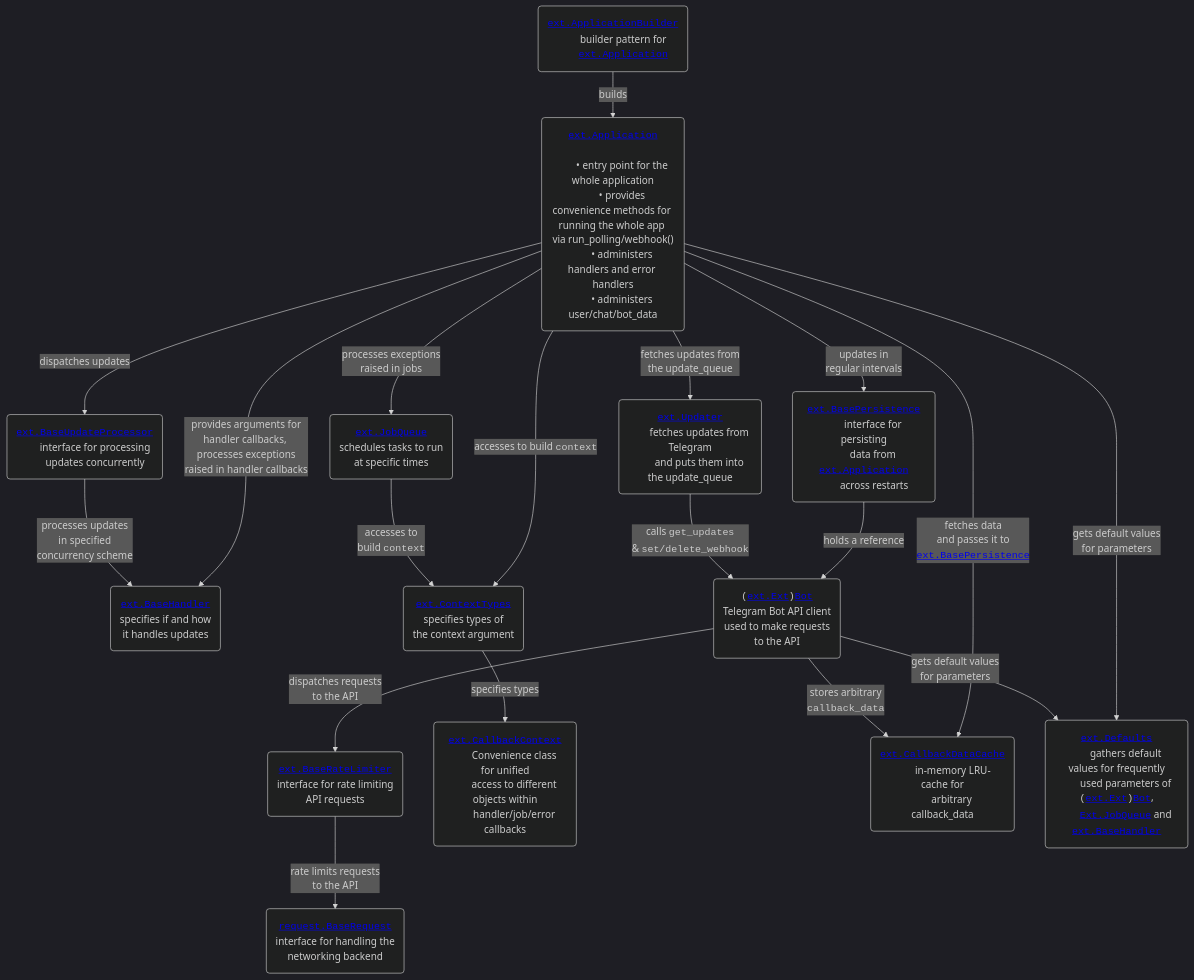
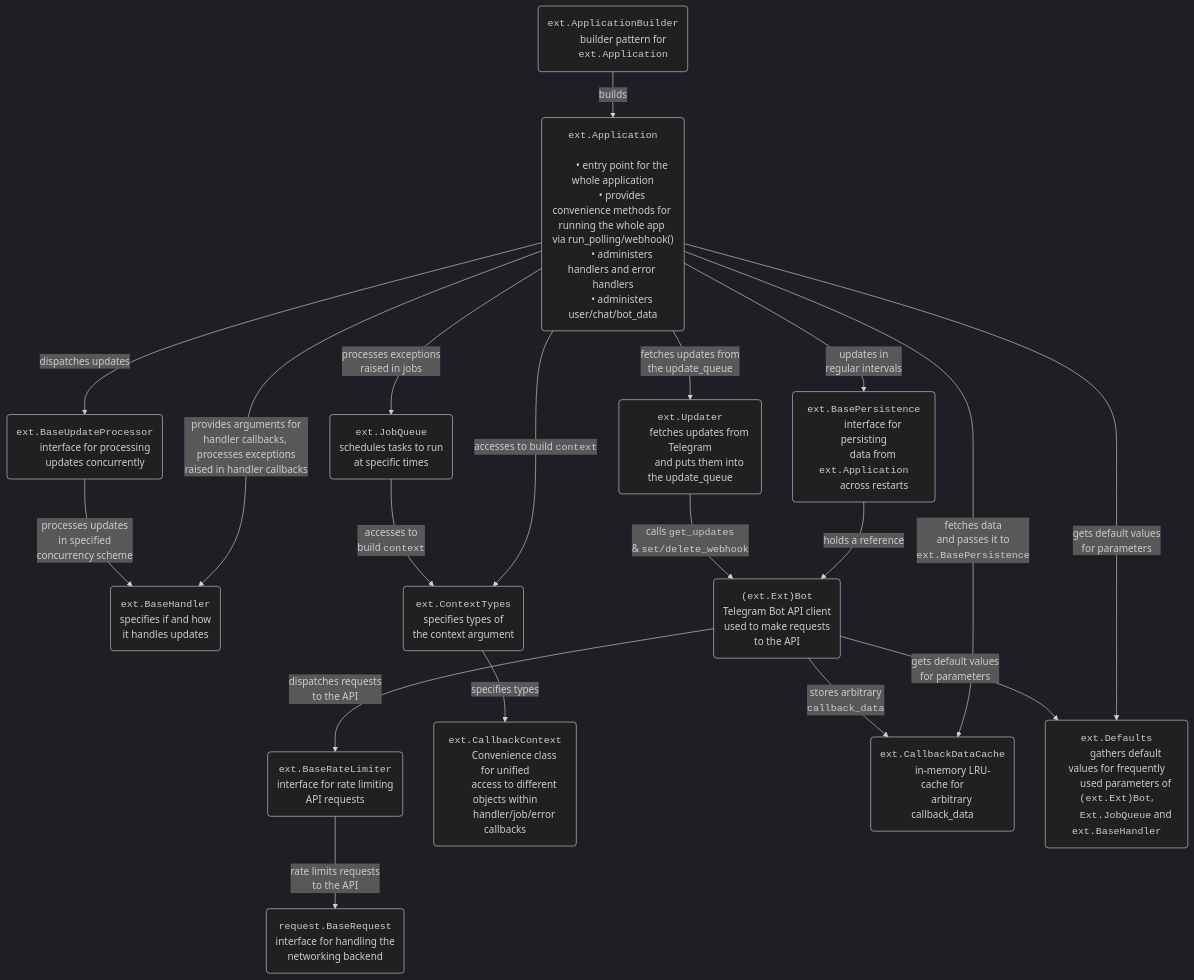
One commit to RakhithJK/python-telegram-bot-python-telegram-bot-wiki changed the diagram in Architecture.md. Above: the diagram before and after it, drawn with Mermaid (dark theme).

Commit message:
Remove hyperlinks in Architecture diagram due to https://github.com/orgs/community/discussions/46096 & https://github.com/orgs/community/discussions/106690

````diff
--- a/Architecture.md
+++ b/Architecture.md
@@ -7,12 +7,12 @@
 ```mermaid
 flowchart TD;
     AppBuilder("
-        <a href='https://docs.python-telegram-bot.org/telegram.ext.applicationbuilder.html'><code>ext.ApplicationBuilder</code></a>
+        <code>ext.ApplicationBuilder</code>
         builder pattern for
-        <a href='https://docs.python-telegram-bot.org/telegram.ext.application.html'><code>ext.Application</code></a>
+        <code>ext.Application</code>
     ");
     App("
-        <a href='https://docs.python-telegram-bot.org/telegram.ext.application.html'><code>ext.Application</code></a>
+        <code>ext.Application</code>
         
         • entry point for the whole application</li>
         • provides convenience methods for running the whole app via run_polling/webhook()</li>
@@ -20,66 +20,66 @@
         • administers user/chat/bot_data</li>
     ");
     BaseHandler("
-        <a href='https://docs.python-telegram-bot.org/telegram.ext.basehandler.html'><code>ext.BaseHandler</code></a>
+        <code>ext.BaseHandler</code>
         specifies if and how
         it handles updates
     ");
     BaseRateLimiter("
-        <a href='https://docs.python-telegram-bot.org/telegram.ext.baseratelimiter.html'><code>ext.BaseRateLimiter</code></a>
+        <code>ext.BaseRateLimiter</code>
         interface for rate limiting
         API requests
     ");
     BaseRequest("
-        <a href='https://docs.python-telegram-bot.org/telegram.request.baserequest.html'><code>request.BaseRequest</code></a>
+        <code>request.BaseRequest</code>
         interface for handling the
         networking backend
     ");
     BasePersistence("
-        <a href='https://docs.python-telegram-bot.org/telegram.ext.basepersistence.html'><code>ext.BasePersistence</code></a>
+        <code>ext.BasePersistence</code>
         interface for persisting
-        data from <a href='https://docs.python-telegram-bot.org/telegram.ext.application.html'><code>ext.Application</code></a>
+        data from <code>ext.Application</code>
         across restarts
     ");
     BaseUpdateProcessor("
-        <a href='https://docs.python-telegram-bot.org/telegram.ext.baseupdateprocessor.html'><code>ext.BaseUpdateProcessor</code></a>
+        <code>ext.BaseUpdateProcessor</code>
         interface for processing
         updates concurrently
     ");
     Bot("
-        <code>(<a href='https://docs.python-telegram-bot.org/telegram.ext.extbot.html'>ext.Ext</a>)<a href='https://docs.python-telegram-bot.org/telegram.bot.html'>Bot</a></code>
+        <code>(ext.Ext)Bot</code>
         Telegram Bot API client
         used to make requests
         to the API
     ");
     CallbackContext("
-        <a href='https://docs.python-telegram-bot.org/telegram.ext.callbackcontext.html'><code>ext.CallbackContext</code></a>
+        <code>ext.CallbackContext</code>
         Convenience class for unified
         access to different objects within
         handler/job/error callbacks
     ");
     CallbackDataCache("
-        <a href='https://docs.python-telegram-bot.org/telegram.ext.callbackdatacache.html'><code>ext.CallbackDataCache</code></a>
+        <code>ext.CallbackDataCache</code>
         in-memory LRU-cache for
         arbitrary callback_data
     ");
     ContextTypes("
-        <a href='https://docs.python-telegram-bot.org/telegram.ext.contexttypes.html'><code>ext.ContextTypes</code></a>
+        <code>ext.ContextTypes</code>
         specifies types of
         the context argument
     ");
     Defaults("
-        <a href='https://docs.python-telegram-bot.org/telegram.ext.defaults.html'><code>ext.Defaults</code></a>
+        <code>ext.Defaults</code>
         gathers default values for frequently
-        used parameters of <code>(<a href='https://docs.python-telegram-bot.org/telegram.ext.extbot.html'>ext.Ext</a>)<a href='https://docs.python-telegram-bot.org/telegram.bot.html'>Bot</a></code>,
-        <a href='https://docs.python-telegram-bot.org/telegram.ext.jobqueue.html'><code>Ext.JobQueue</code></a> and <a href='https://docs.python-telegram-bot.org/telegram.ext.basehandler.html'><code>ext.BaseHandler</code></a>
+        used parameters of <code>(ext.Ext)Bot</code>,
+        <code>Ext.JobQueue</code> and <code>ext.BaseHandler</code>
     ");
     JobQueue("
-        <a href='https://docs.python-telegram-bot.org/telegram.ext.jobqueue.html'><code>ext.JobQueue</code></a>
+        <code>ext.JobQueue</code>
         schedules tasks to run
         at specific times
     ");
     Updater("
-        <a href='https://docs.python-telegram-bot.org/telegram.ext.updater.html'><code>ext.Updater</code></a>
+        <code>ext.Updater</code>
         fetches updates from Telegram
         and puts them into the update_queue
     ");
@@ -88,7 +88,7 @@
     App -- accesses to build <code>context</code> --> ContextTypes;
     App -- "provides arguments for<br>handler callbacks, processes exceptions<br>raised in handler callbacks" --> BaseHandler;
     App -- processes exceptions<br>raised in jobs --> JobQueue;
-    App -- fetches data<br>and passes it to<br><a href='https://docs.python-telegram-bot.org/telegram.ext.basepersistence.html'><code>ext.BasePersistence</code></a> --> CallbackDataCache;
+    App -- fetches data<br>and passes it to<br><code>ext.BasePersistence</code> --> CallbackDataCache;
     App -- fetches updates from<br>the update_queue --> Updater;
     App -- updates in<br>regular intervals --> BasePersistence;
     App -- gets default values<br>for parameters --> Defaults;
````
